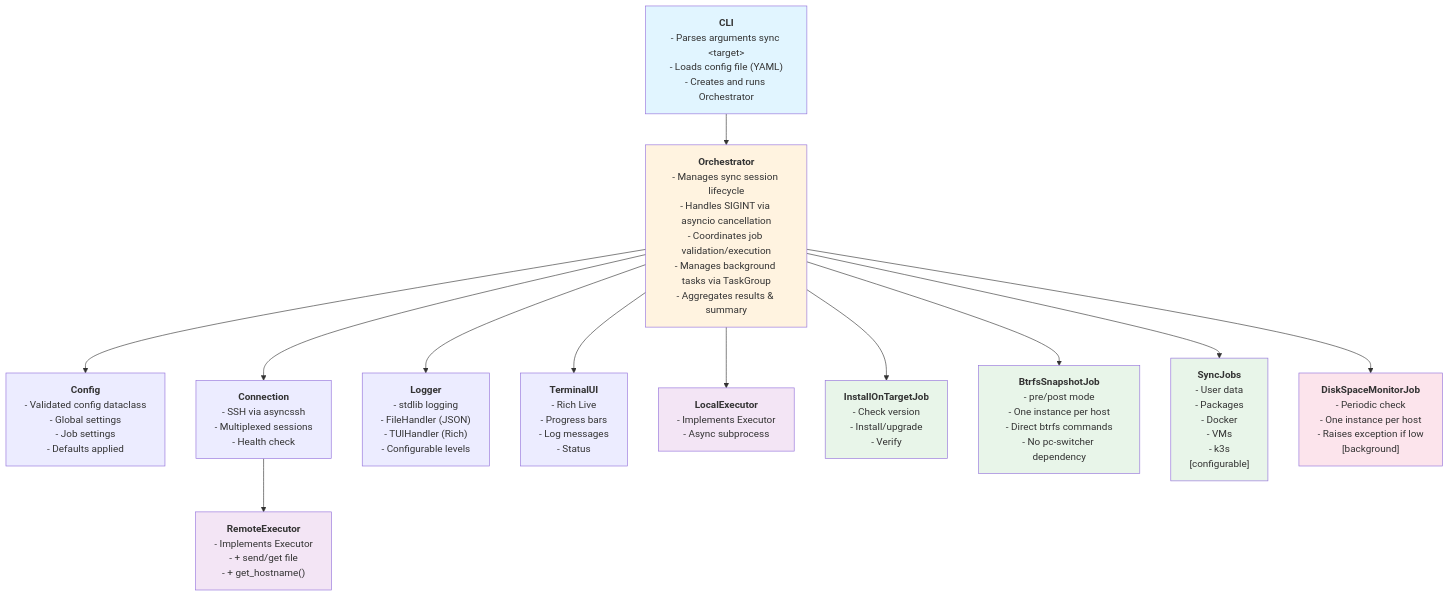
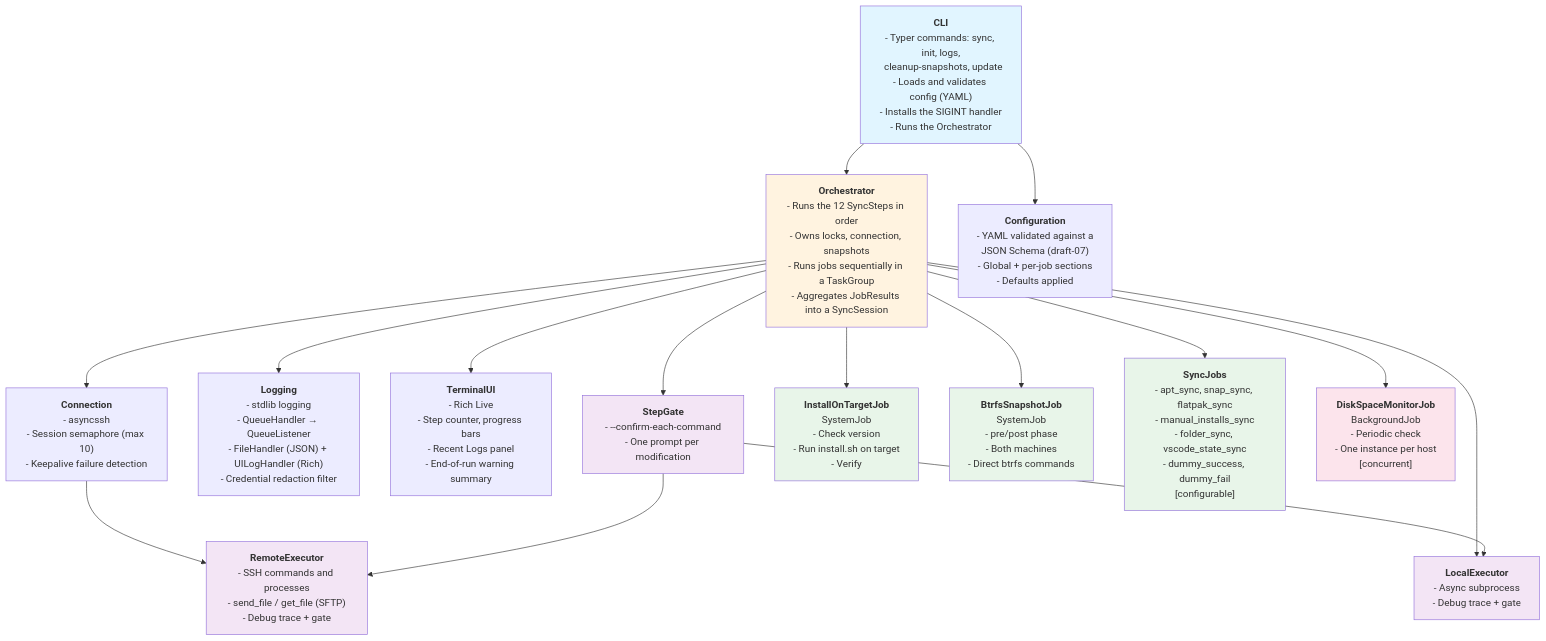
Before and after one commit to flaksit/pc-switcher: the first of 6 diagrams in docs/system/architecture.md, drawn with Mermaid. The commit also changed other lines of this file and 2 other files, not shown here.

````diff
--- a/docs/system/architecture.md
+++ b/docs/system/architecture.md
@@ -39,47 +36,53 @@
 ```mermaid
 graph TD
-    CLI["<b>CLI</b><br/>- Parses arguments sync &lt;target&gt;<br/>- Loads config file (YAML)<br/>- Creates and runs Orchestrator"]
+    CLI["<b>CLI</b><br/>- Typer commands: sync, init, logs,<br/>  cleanup-snapshots, update<br/>- Loads and validates config (YAML)<br/>- Installs the SIGINT handler<br/>- Runs the Orchestrator"]
 
-    Orchestrator["<b>Orchestrator</b><br/>- Manages sync session lifecycle<br/>- Handles SIGINT via asyncio cancellation<br/>- Coordinates job validation/execution<br/>- Manages background tasks via TaskGroup<br/>- Aggregates results & summary"]
+    Orchestrator["<b>Orchestrator</b><br/>- Runs the 12 SyncSteps in order<br/>- Owns locks, connection, snapshots<br/>- Runs jobs sequentially in a TaskGroup<br/>- Aggregates JobResults into a SyncSession"]
 
-    Config["<b>Config</b><br/>- Validated config dataclass<br/>- Global settings<br/>- Job settings<br/>- Defaults applied"]
+    Config["<b>Configuration</b><br/>- YAML validated against a<br/>  JSON Schema (draft-07)<br/>- Global + per-job sections<br/>- Defaults applied"]
 
-    Connection["<b>Connection</b><br/>- SSH via asyncssh<br/>- Multiplexed sessions<br/>- Health check"]
+    Connection["<b>Connection</b><br/>- asyncssh<br/>- Session semaphore (max 10)<br/>- Keepalive failure detection"]
 
-    Logger["<b>Logger</b><br/>- stdlib logging<br/>- FileHandler (JSON)<br/>- TUIHandler (Rich)<br/>- Configurable levels"]
+    Logging["<b>Logging</b><br/>- stdlib logging<br/>- QueueHandler → QueueListener<br/>- FileHandler (JSON) + UILogHandler (Rich)<br/>- Credential redaction filter"]
 
-    TerminalUI["<b>TerminalUI</b><br/>- Rich Live<br/>- Progress bars<br/>- Log messages<br/>- Status"]
+    TerminalUI["<b>TerminalUI</b><br/>- Rich Live<br/>- Step counter, progress bars<br/>- Recent Logs panel<br/>- End-of-run warning summary"]
 
-    LocalExecutor["<b>LocalExecutor</b><br/>- Implements Executor<br/>- Async subprocess"]
+    StepGate["<b>StepGate</b><br/>- --confirm-each-command<br/>- One prompt per modification"]
 
-    RemoteExecutor["<b>RemoteExecutor</b><br/>- Implements Executor<br/>- + send/get file<br/>- + get_hostname()"]
+    LocalExecutor["<b>LocalExecutor</b><br/>- Async subprocess<br/>- Debug trace + gate"]
 
-    InstallOnTargetJob["<b>InstallOnTargetJob</b><br/>- Check version<br/>- Install/upgrade<br/>- Verify"]
+    RemoteExecutor["<b>RemoteExecutor</b><br/>- SSH commands and processes<br/>- send_file / get_file (SFTP)<br/>- Debug trace + gate"]
 
-    BtrfsSnapshotJob["<b>BtrfsSnapshotJob</b><br/>- pre/post mode<br/>- One instance per host<br/>- Direct btrfs commands<br/>- No pc-switcher dependency"]
+    InstallOnTargetJob["<b>InstallOnTargetJob</b><br/>SystemJob<br/>- Check version<br/>- Run install.sh on target<br/>- Verify"]
 
-    SyncJobs["<b>SyncJobs</b><br/>- User data<br/>- Packages<br/>- Docker<br/>- VMs<br/>- k3s<br/>[configurable]"]
+    BtrfsSnapshotJob["<b>BtrfsSnapshotJob</b><br/>SystemJob<br/>- pre/post phase<br/>- Both machines<br/>- Direct btrfs commands"]
 
-    DiskSpaceMonitorJob["<b>DiskSpaceMonitorJob</b><br/>- Periodic check<br/>- One instance per host<br/>- Raises exception if low<br/>[background]"]
+    SyncJobs["<b>SyncJobs</b><br/>- apt_sync, snap_sync, flatpak_sync<br/>- manual_installs_sync<br/>- folder_sync, vscode_state_sync<br/>- dummy_success, dummy_fail<br/>[configurable]"]
 
+    DiskSpaceMonitorJob["<b>DiskSpaceMonitorJob</b><br/>BackgroundJob<br/>- Periodic check<br/>- One instance per host<br/>[concurrent]"]
+
+    CLI --> Config
     CLI --> Orchestrator
-    Orchestrator --> Config
     Orchestrator --> Connection
-    Orchestrator --> Logger
+    Orchestrator --> Logging
     Orchestrator --> TerminalUI
+    Orchestrator --> StepGate
     Orchestrator --> LocalExecutor
     Connection --> RemoteExecutor
+    StepGate --> LocalExecutor
+    StepGate --> RemoteExecutor
     Orchestrator --> InstallOnTargetJob
     Orchestrator --> BtrfsSnapshotJob
     Orchestrator --> SyncJobs
     Orchestrator --> DiskSpaceMonitorJob
 
     style CLI fill:#e1f5ff
     style Orchestrator fill:#fff3e0
     style LocalExecutor fill:#f3e5f5
     style RemoteExecutor fill:#f3e5f5
+    style StepGate fill:#f3e5f5
     style InstallOnTargetJob fill:#e8f5e9
     style BtrfsSnapshotJob fill:#e8f5e9
     style SyncJobs fill:#e8f5e9
     style DiskSpaceMonitorJob fill:#fce4ec
 ```
````
